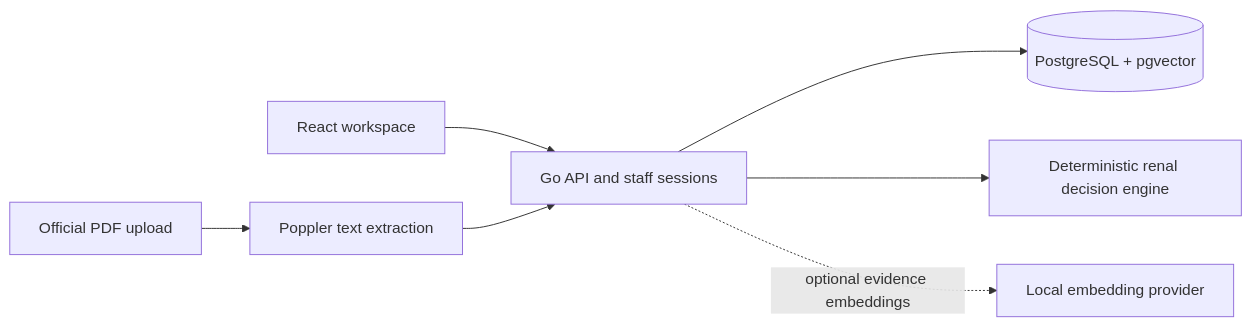
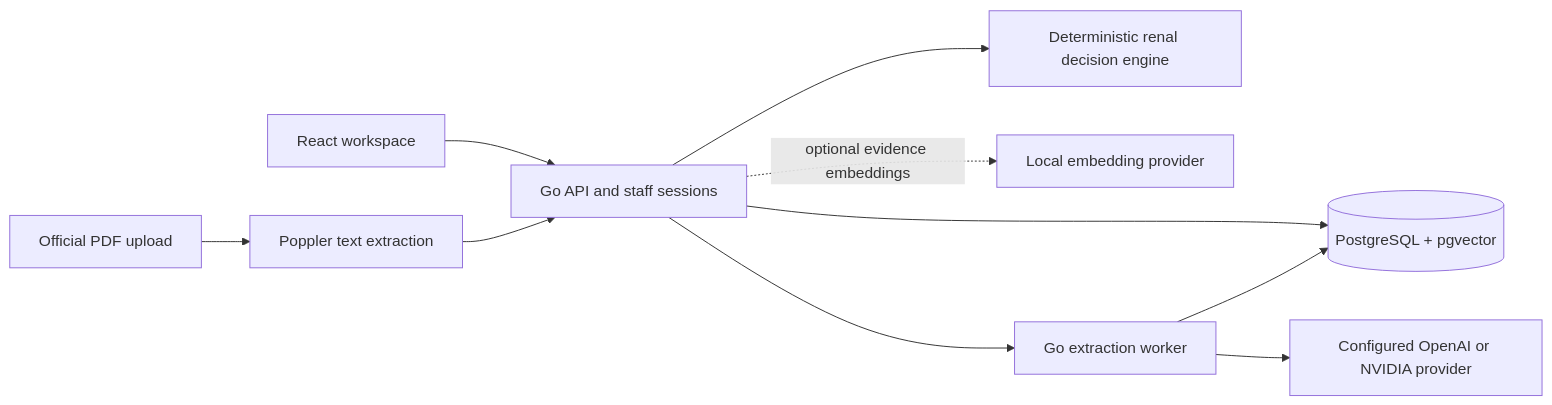
One commit to timGalk/renalsafe changed the diagram in docs/architecture.md. Above: the diagram before and after it, drawn with Mermaid. The commit also changed other lines of this file and 26 other files, not shown here.

````diff
--- a/docs/architecture.md
+++ b/docs/architecture.md
@@ -5,9 +5,12 @@
 ```mermaid
 flowchart LR
     Browser[React workspace] --> API[Go API and staff sessions]
     API --> DB[(PostgreSQL + pgvector)]
     API --> Engine[Deterministic renal decision engine]
     PDF[Official PDF upload] --> Extract[Poppler text extraction]
     Extract --> API
     API -. optional evidence embeddings .-> Local[Local embedding provider]
+    API --> Worker[Go extraction worker]
+    Worker --> Online[Configured OpenAI or NVIDIA provider]
+    Worker --> DB
 ```
````
